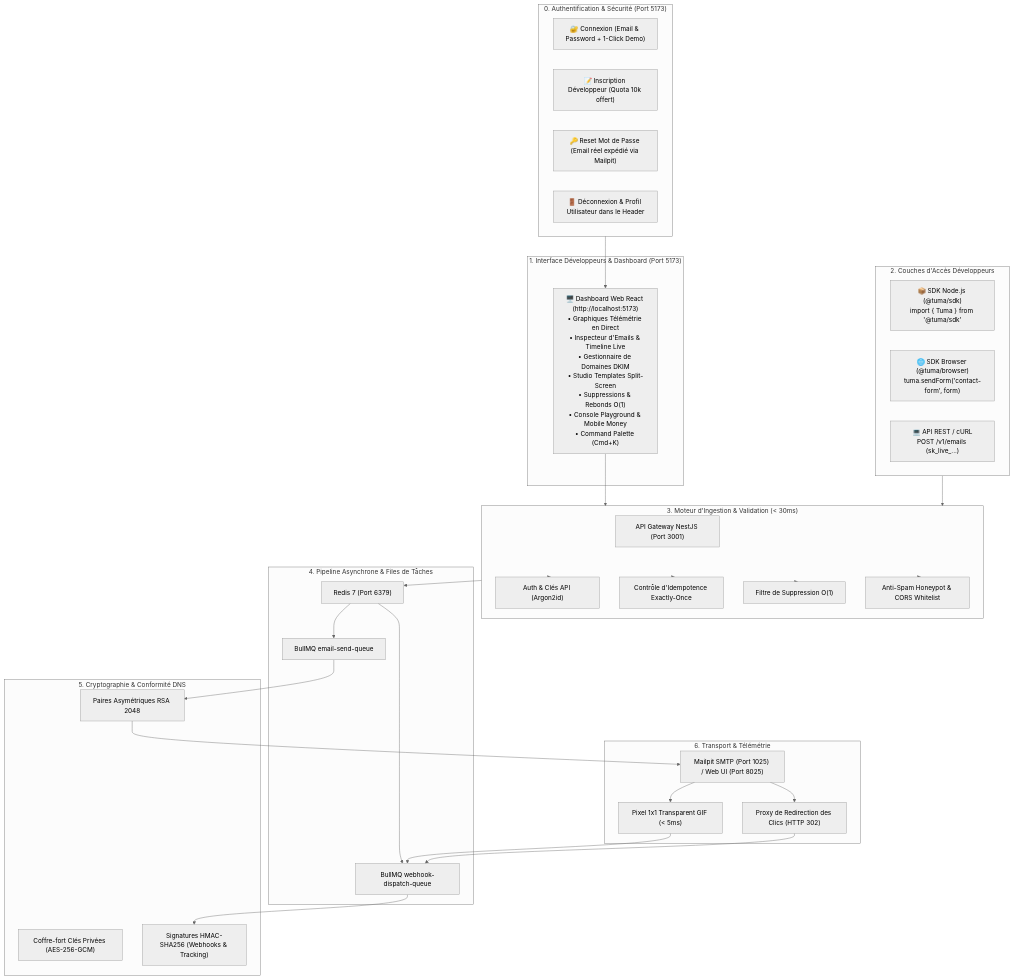
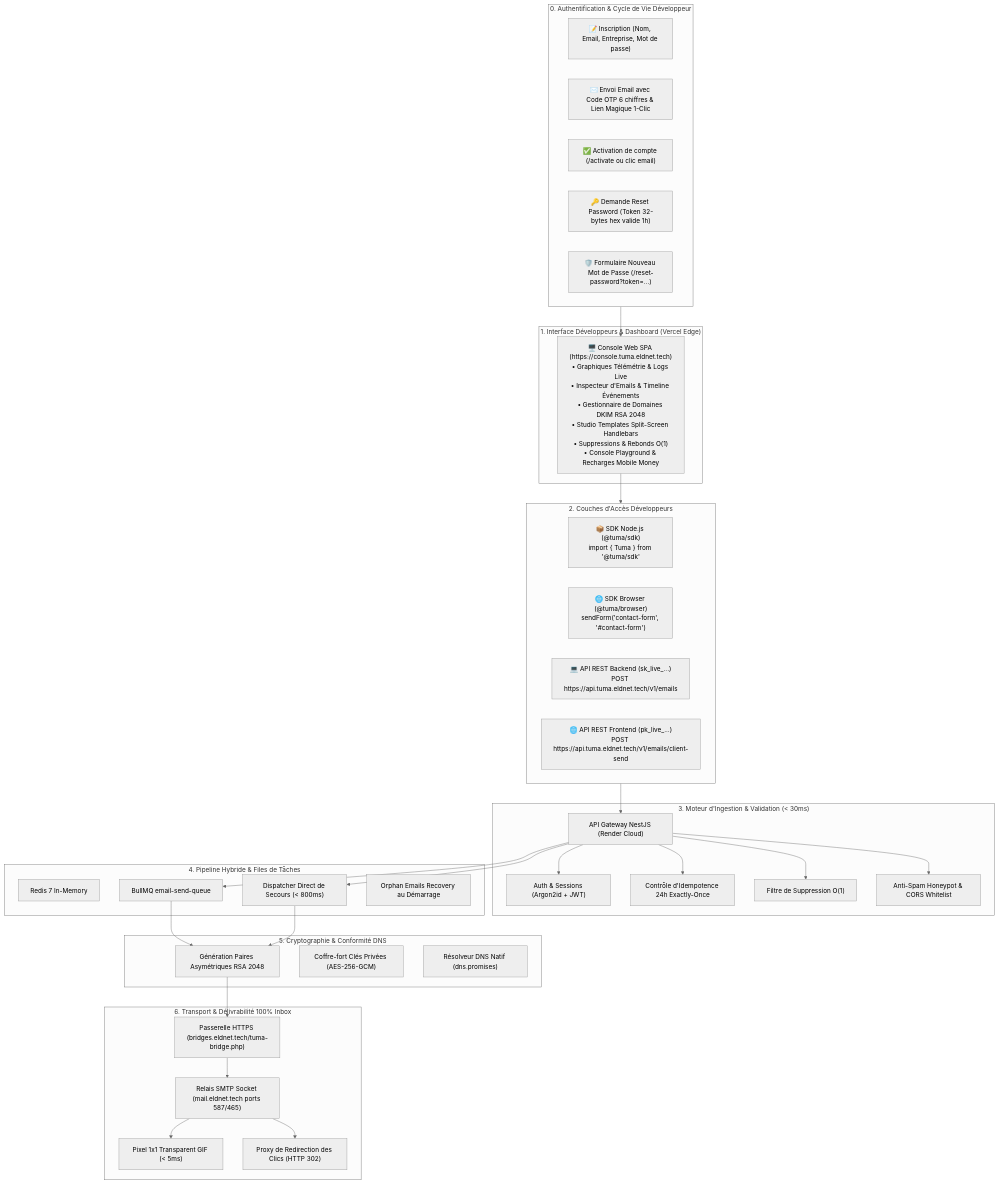
The first of 3 diagrams in docs/10-walkthrough-et-preuves-de-validation.md (bennyibm/tuma-cloud), drawn with Mermaid (neutral theme) before and after one commit. The commit also changed other lines of this file and 8 other files, not shown here.

Commit message:
docs: enrich documentation with live architecture, auth flows, DKIM specs and developer guide

````diff
--- a/docs/10-walkthrough-et-preuves-de-validation.md
+++ b/docs/10-walkthrough-et-preuves-de-validation.md
@@ -9,56 +9,59 @@
 ```mermaid
 flowchart TD
-    subgraph AUTH ["0. Authentification & Sécurité (Port 5173)"]
-        LOGIN["🔐 Connexion (Email & Password + 1-Click Demo)"]
-        REGISTER["📝 Inscription Développeur (Quota 10k offert)"]
-        RESET["🔑 Reset Mot de Passe (Email réel expédié via Mailpit)"]
-        LOGOUT["🚪 Déconnexion & Profil Utilisateur dans le Header"]
+    subgraph AUTH ["0. Authentification & Cycle de Vie Développeur"]
+        REGISTER["📝 Inscription (Nom, Email, Entreprise, Mot de passe)"]
+        OTP_MAIL["✉️ Envoi Email avec Code OTP 6 chiffres & Lien Magique 1-Clic"]
+        ACTIVATE["✅ Activation de compte (/activate ou clic email)"]
+        RESET_REQ["🔑 Demande Reset Password (Token 32-bytes hex valide 1h)"]
+        RESET_CONF["🛡️ Formulaire Nouveau Mot de Passe (/reset-password?token=...)"]
     end
 
-    subgraph UI ["1. Interface Développeurs & Dashboard (Port 5173)"]
-        DASH["🖥️ Dashboard Web React (http://localhost:5173)<br/>• Graphiques Télémétrie en Direct<br/>• Inspecteur d'Emails & Timeline Live<br/>• Gestionnaire de Domaines DKIM<br/>• Studio Templates Split-Screen<br/>• Suppressions & Rebonds O(1)<br/>• Console Playground & Mobile Money<br/>• Command Palette (Cmd+K)"]
+    subgraph UI ["1. Interface Développeurs & Dashboard (Vercel Edge)"]
+        DASH["🖥️ Console Web SPA (https://console.tuma.eldnet.tech)<br/>• Graphiques Télémétrie & Logs Live<br/>• Inspecteur d'Emails & Timeline Événements<br/>• Gestionnaire de Domaines DKIM RSA 2048<br/>• Studio Templates Split-Screen Handlebars<br/>• Suppressions & Rebonds O(1)<br/>• Console Playground & Recharges Mobile Money"]
     end
 
     subgraph CLIENTS ["2. Couches d'Accès Développeurs"]
         SDK_NODE["📦 SDK Node.js (@tuma/sdk)<br/>import { Tuma } from '@tuma/sdk'"]
-        SDK_BROWSER["🌐 SDK Browser (@tuma/browser)<br/>tuma.sendForm('contact-form', form)"]
-        REST_API["💻 API REST / cURL<br/>POST /v1/emails (sk_live_...)"]
+        SDK_BROWSER["🌐 SDK Browser (@tuma/browser)<br/>sendForm('contact-form', '#contact-form')"]
+        REST_BACK["💻 API REST Backend (sk_live_...)<br/>POST https://api.tuma.eldnet.tech/v1/emails"]
+        REST_FRONT["🌐 API REST Frontend (pk_live_...)<br/>POST https://api.tuma.eldnet.tech/v1/emails/client-send"]
     end
 
     subgraph CORE ["3. Moteur d'Ingestion & Validation (< 30ms)"]
-        API_GW["API Gateway NestJS (Port 3001)"]
-        AUTH_CORE["Auth & Clés API (Argon2id)"]
-        IDEMP["Contrôle d'Idempotence Exactly-Once"]
+        API_GW["API Gateway NestJS (Render Cloud)"]
+        AUTH_CORE["Auth & Sessions (Argon2id + JWT)"]
+        IDEMP["Contrôle d'Idempotence 24h Exactly-Once"]
         SUPPR["Filtre de Suppression O(1)"]
         HONEYPOT["Anti-Spam Honeypot & CORS Whitelist"]
     end
 
-    subgraph ASYNC ["4. Pipeline Asynchrone & Files de Tâches"]
-        REDIS["Redis 7 (Port 6379)"]
-        QUEUE_SEND["BullMQ email-send-queue"]
-        QUEUE_WEBHOOK["BullMQ webhook-dispatch-queue"]
+    subgraph ASYNC ["4. Pipeline Hybride & Files de Tâches"]
+        REDIS["Redis 7 In-Memory"]
+        BULL_QUEUE["BullMQ email-send-queue"]
+        DIRECT_FALLBACK["Dispatcher Direct de Secours (< 800ms)"]
+        STARTUP_RECOVER["Orphan Emails Recovery au Démarrage"]
     end
 
     subgraph SECURITY ["5. Cryptographie & Conformité DNS"]
-        DKIM_GEN["Paires Asymétriques RSA 2048"]
+        DKIM_GEN["Génération Paires Asymétriques RSA 2048"]
         VAULT["Coffre-fort Clés Privées (AES-256-GCM)"]
-        HMAC_SIG["Signatures HMAC-SHA256 (Webhooks & Tracking)"]
+        DNS_RESOLVER["Résolveur DNS Natif (dns.promises)"]
     end
 
-    subgraph DISPATCH ["6. Transport & Télémétrie"]
-        SMTP["Mailpit SMTP (Port 1025) / Web UI (Port 8025)"]
+    subgraph DISPATCH ["6. Transport & Délivrabilité 100% Inbox"]
+        LWS_BRIDGE["Passerelle HTTPS (bridges.eldnet.tech/tuma-bridge.php)"]
+        LWS_SMTP["Relais SMTP Socket (mail.eldnet.tech ports 587/465)"]
         TRACK_PIXEL["Pixel 1x1 Transparent GIF (< 5ms)"]
         TRACK_CLICK["Proxy de Redirection des Clics (HTTP 302)"]
     end
 
     AUTH --> DASH
-    DASH --> CORE
-    CLIENTS --> CORE
-    CORE --> AUTH_CORE & IDEMP & SUPPR & HONEYPOT
-    CORE --> REDIS
-    REDIS --> QUEUE_SEND & QUEUE_WEBHOOK
-    QUEUE_SEND --> DKIM_GEN --> SMTP
-    SMTP --> TRACK_PIXEL & TRACK_CLICK
-    TRACK_PIXEL & TRACK_CLICK --> QUEUE_WEBHOOK
-    QUEUE_WEBHOOK --> HMAC_SIG
+    DASH --> CLIENTS
+    CLIENTS --> API_GW
+    API_GW --> AUTH_CORE & IDEMP & SUPPR & HONEYPOT
+    API_GW --> BULL_QUEUE & DIRECT_FALLBACK
+    BULL_QUEUE --> DKIM_GEN
+    DIRECT_FALLBACK --> DKIM_GEN
+    DKIM_GEN --> LWS_BRIDGE --> LWS_SMTP
+    LWS_SMTP --> TRACK_PIXEL & TRACK_CLICK
 ```
````
